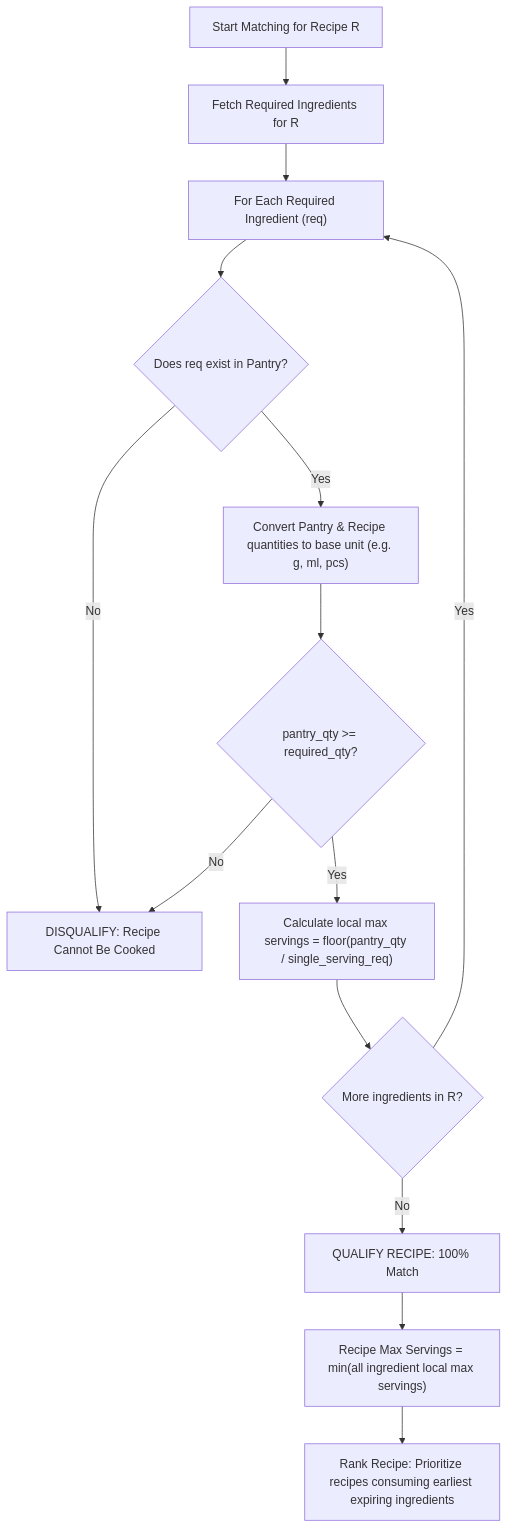
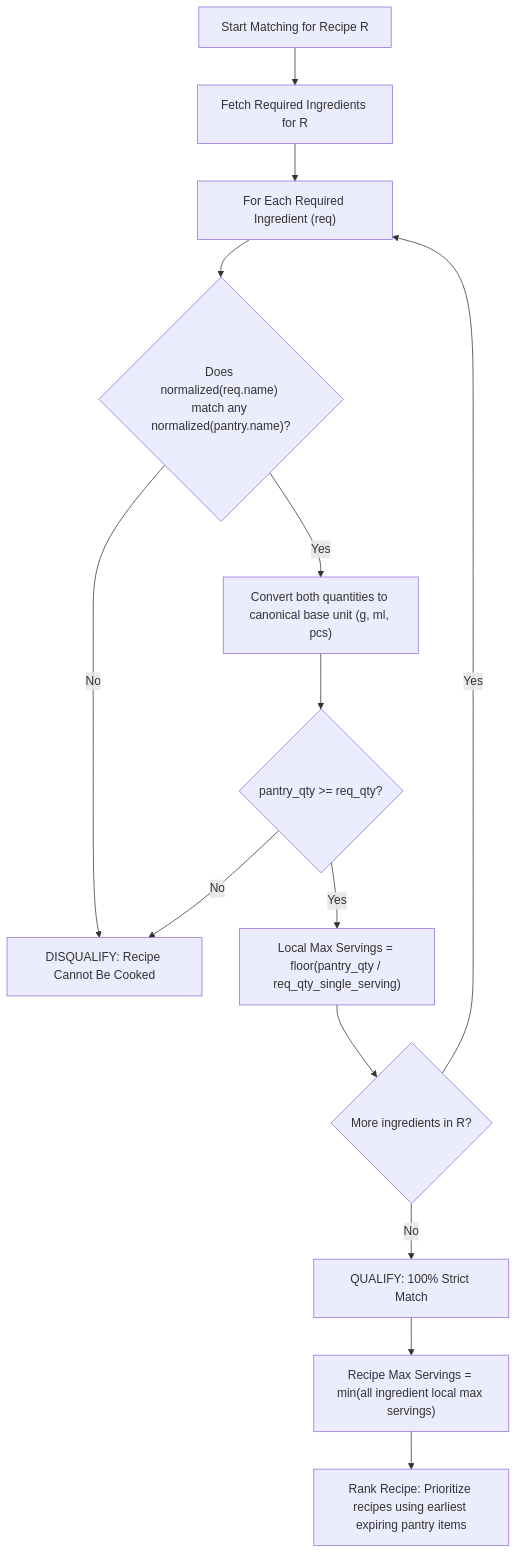
The second of 3 diagrams in DESIGN.md (Who-is-Fyto/Pantry-Buddy), drawn with Mermaid before and after one commit. The commit also changed other lines of this file and 2 other files, not shown here.

Commit message:
docs: add technical design document, project README, and 15-phase roadmap

````diff
--- a/DESIGN.md
+++ b/DESIGN.md
@@ -236,16 +275,16 @@
 ```mermaid
 flowchart TD
-    Start["Start Matching for Recipe R"] --> GetReq["Fetch Required Ingredients for R"]
-    GetReq --> Loop["For Each Required Ingredient (req)"]
-    Loop --> FindPantry{"Does req exist in Pantry?"}
+    Start["Start Matching for Recipe R"] --> FetchReq["Fetch Required Ingredients for R"]
+    FetchReq --> Loop["For Each Required Ingredient (req)"]
+    Loop --> FindPantry{"Does normalized(req.name) match any normalized(pantry.name)?"}
     FindPantry -- No --> Disqualify["DISQUALIFY: Recipe Cannot Be Cooked"]
-    FindPantry -- Yes --> Normalize["Convert Pantry & Recipe quantities to base unit (e.g. g, ml, pcs)"]
-    Normalize --> CheckQty{"pantry_qty >= required_qty?"}
-    CheckQty -- No --> Disqualify
-    CheckQty -- Yes --> CalcServing["Calculate local max servings = floor(pantry_qty / single_serving_req)"]
+    FindPantry -- Yes --> UnitConvert["Convert both quantities to canonical base unit (g, ml, pcs)"]
+    UnitConvert --> QtyCheck{"pantry_qty >= req_qty?"}
+    QtyCheck -- No --> Disqualify
+    QtyCheck -- Yes --> CalcServing["Local Max Servings = floor(pantry_qty / req_qty_single_serving)"]
     CalcServing --> MoreReq{"More ingredients in R?"}
     MoreReq -- Yes --> Loop
-    MoreReq -- No --> Qualify["QUALIFY RECIPE: 100% Match"]
-    Qualify --> CalcTotalServings["Recipe Max Servings = min(all ingredient local max servings)"]
-    CalcTotalServings --> ScoreRecipe["Rank Recipe: Prioritize recipes consuming earliest expiring ingredients"]
+    MoreReq -- No --> Qualify["QUALIFY: 100% Strict Match"]
+    Qualify --> CalcRecipeServings["Recipe Max Servings = min(all ingredient local max servings)"]
+    CalcRecipeServings --> Rank["Rank Recipe: Prioritize recipes using earliest expiring pantry items"]
 ```
````
